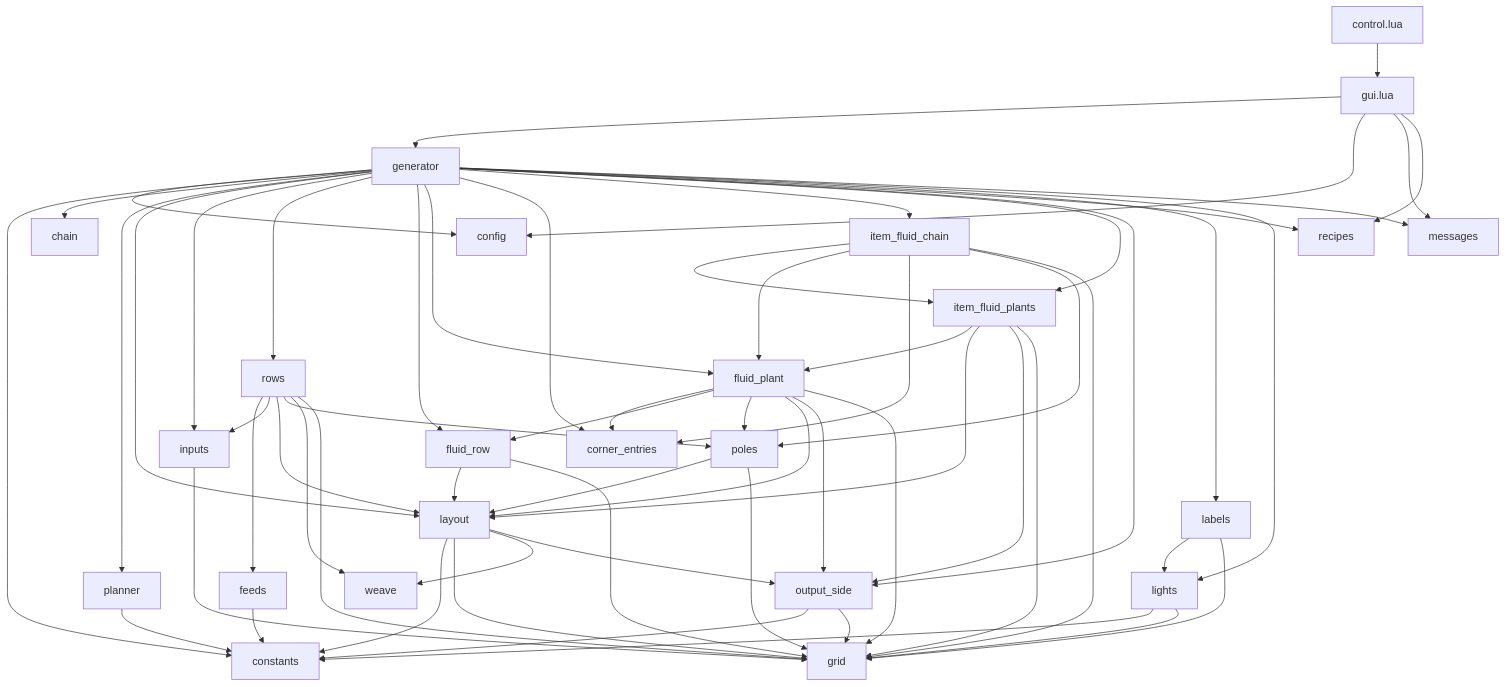
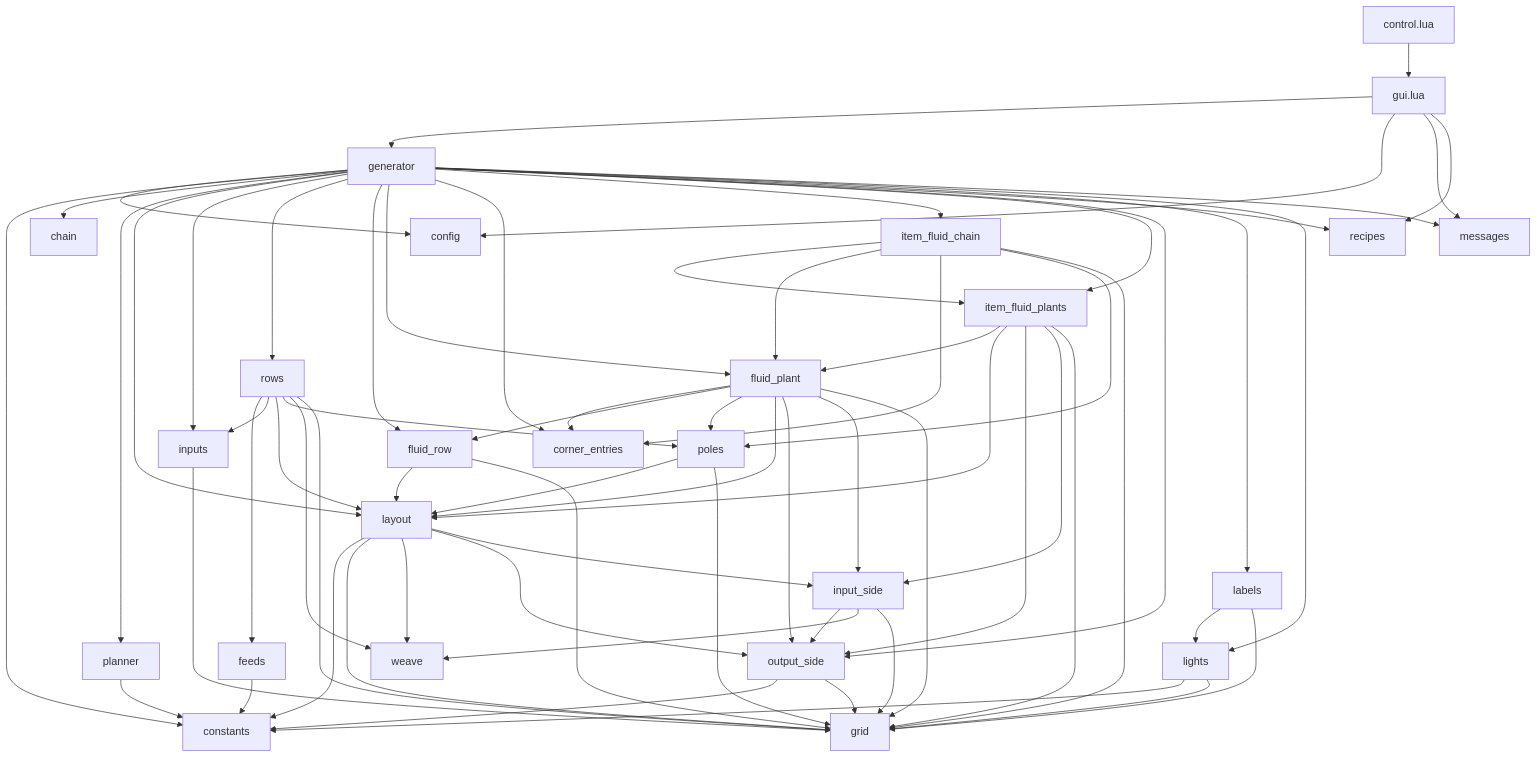
Before and after one commit to RibbonedAce/factorio-blueprint-generation: the second of 6 diagrams in TYPES.md, drawn with Mermaid. The commit also changed other lines of this file and 16 other files, not shown here.

````diff
--- a/TYPES.md
+++ b/TYPES.md
@@ -71,63 +75,69 @@
 ```mermaid
 flowchart TD
   control["control.lua"] --> gui["gui.lua"]
   gui --> generator
   gui --> config
   gui --> messages
   generator --> config
   generator --> constants
   generator --> chain
   generator --> planner
   generator --> layout
   generator --> inputs
   generator --> rows
   generator --> fluid_row
   generator --> fluid_plant
   generator --> corner_entries
   generator --> item_fluid_chain
   generator --> item_fluid_plants
   generator --> output_side
   item_fluid_chain --> item_fluid_plants
   item_fluid_chain --> fluid_plant
   item_fluid_chain --> corner_entries
   item_fluid_chain --> poles
   item_fluid_chain --> grid
   item_fluid_plants --> fluid_plant
   item_fluid_plants --> layout
   item_fluid_plants --> output_side
+  item_fluid_plants --> input_side
   item_fluid_plants --> grid
   fluid_plant --> corner_entries
   fluid_plant --> fluid_row
   fluid_plant --> poles
   fluid_plant --> layout
   fluid_plant --> output_side
+  fluid_plant --> input_side
   fluid_plant --> grid
   generator --> recipes
   gui --> recipes
   fluid_row --> layout
   fluid_row --> grid
   generator --> labels
   generator --> lights
   labels --> lights
   labels --> grid
   generator --> messages
   lights --> constants
   lights --> grid
   rows --> feeds
   rows --> inputs
   rows --> layout
   rows --> poles
   rows --> weave
   rows --> grid
   poles --> layout
   poles --> grid
   layout --> constants
   layout --> grid
   layout --> weave
   layout --> output_side
+  layout --> input_side
   output_side --> constants
   output_side --> grid
+  input_side --> output_side
+  input_side --> weave
+  input_side --> grid
   planner --> constants
   feeds --> constants
   inputs --> grid
 ```
````
